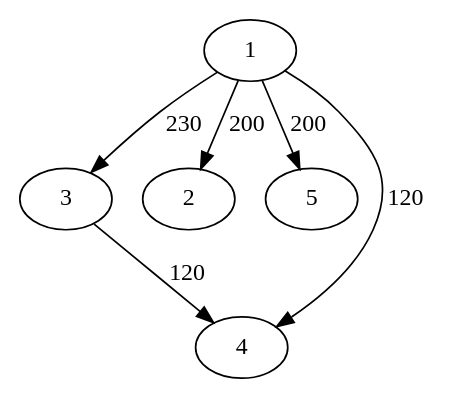
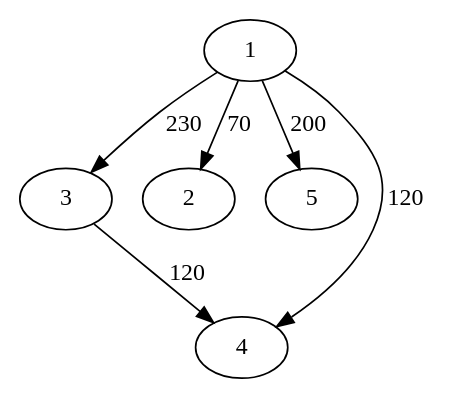
One commit to pedrovanzella/grafo-cpmf changed the diagram in docs/test_trivial.txt.reduced.dot. Above: the diagram before and after it, drawn with Graphviz. The commit also changed 3 other files, not shown here.

```diff
--- a/docs/test_trivial.txt.reduced.dot
+++ b/docs/test_trivial.txt.reduced.dot
@@ -1,7 +1,7 @@
 strict digraph  {
 	1 -> 3	 [label=230];
-	1 -> 2	 [label=200];
+	1 -> 2	 [label=70];
 	1 -> 5	 [label=200];
 	1 -> 4	 [label=120];
 	3 -> 4	 [label=120];
 }
```
